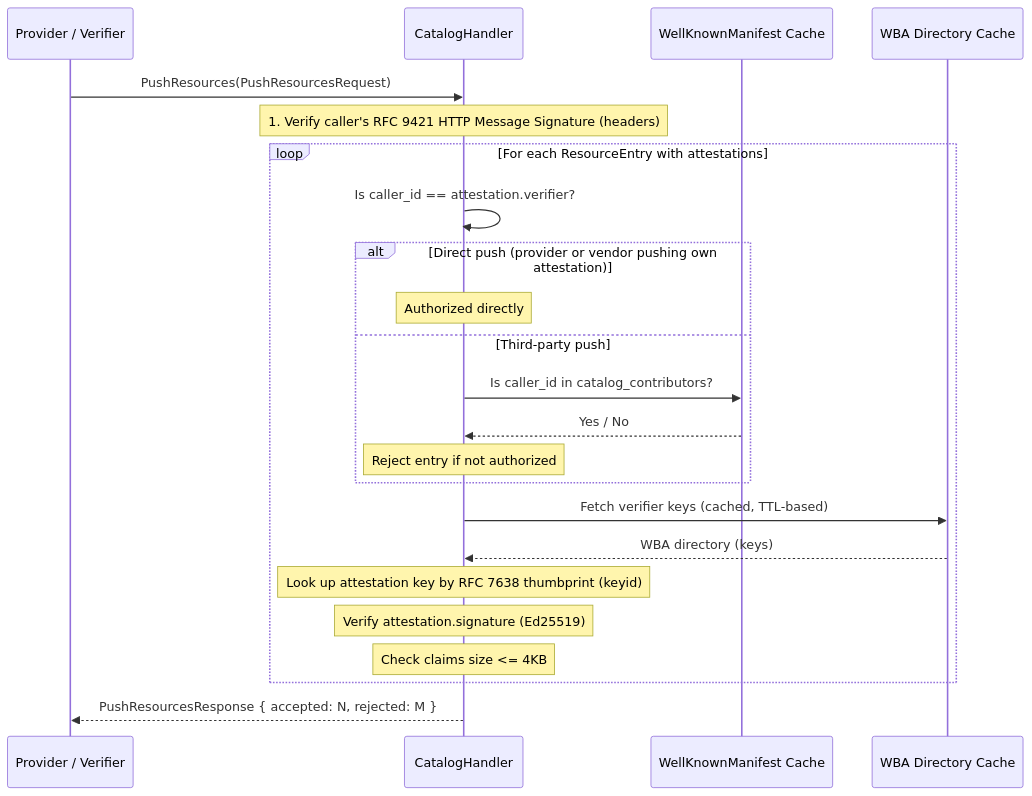
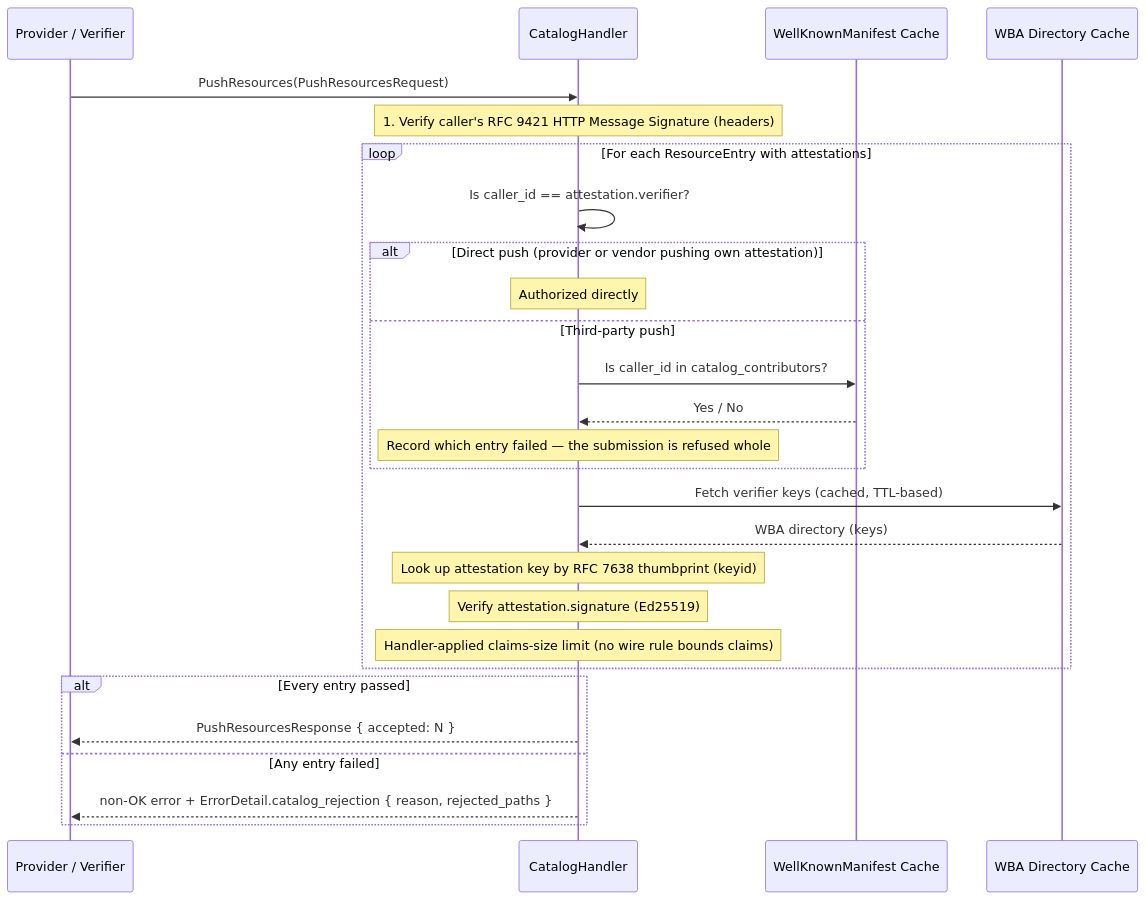
One commit to FORA-Protocol/protocol changed the fourth of 5 diagrams in website/src/content/docs/components/exchange/request-flows.mdx. Above: the diagram before and after it, drawn with Mermaid. The commit also changed other lines of this file and 201 other files, not shown here.

````diff
--- a/website/src/content/docs/components/exchange/request-flows.mdx
+++ b/website/src/content/docs/components/exchange/request-flows.mdx
@@ -781,32 +785,36 @@
 ```mermaid
 sequenceDiagram
     participant Caller as Provider / Verifier
     participant Handler as CatalogHandler
     participant Manifest as WellKnownManifest Cache
     participant Verifier as WBA Directory Cache
 
     Caller->>Handler: PushResources(PushResourcesRequest)
 
     Note over Handler: 1. Verify caller's RFC 9421 HTTP Message Signature (headers)
 
     loop For each ResourceEntry with attestations
         Handler->>Handler: Is caller_id == attestation.verifier?
 
         alt Direct push (provider or vendor pushing own attestation)
             Note over Handler: Authorized directly
         else Third-party push
             Handler->>Manifest: Is caller_id in catalog_contributors?
             Manifest-->>Handler: Yes / No
-            Note over Handler: Reject entry if not authorized
+            Note over Handler: Record which entry failed — the submission is refused whole
         end
 
         Handler->>Verifier: Fetch verifier keys (cached, TTL-based)
         Verifier-->>Handler: WBA directory (keys)
 
         Note over Handler: Look up attestation key by RFC 7638 thumbprint (keyid)
         Note over Handler: Verify attestation.signature (Ed25519)
-        Note over Handler: Check claims size <= 4KB
+        Note over Handler: Handler-applied claims-size limit (no wire rule bounds claims)
     end
 
-    Handler-->>Caller: PushResourcesResponse { accepted: N, rejected: M }
+    alt Every entry passed
+        Handler-->>Caller: PushResourcesResponse { accepted: N }
+    else Any entry failed
+        Handler-->>Caller: non-OK error + ErrorDetail.catalog_rejection { reason, rejected_paths }
+    end
 ```
````
